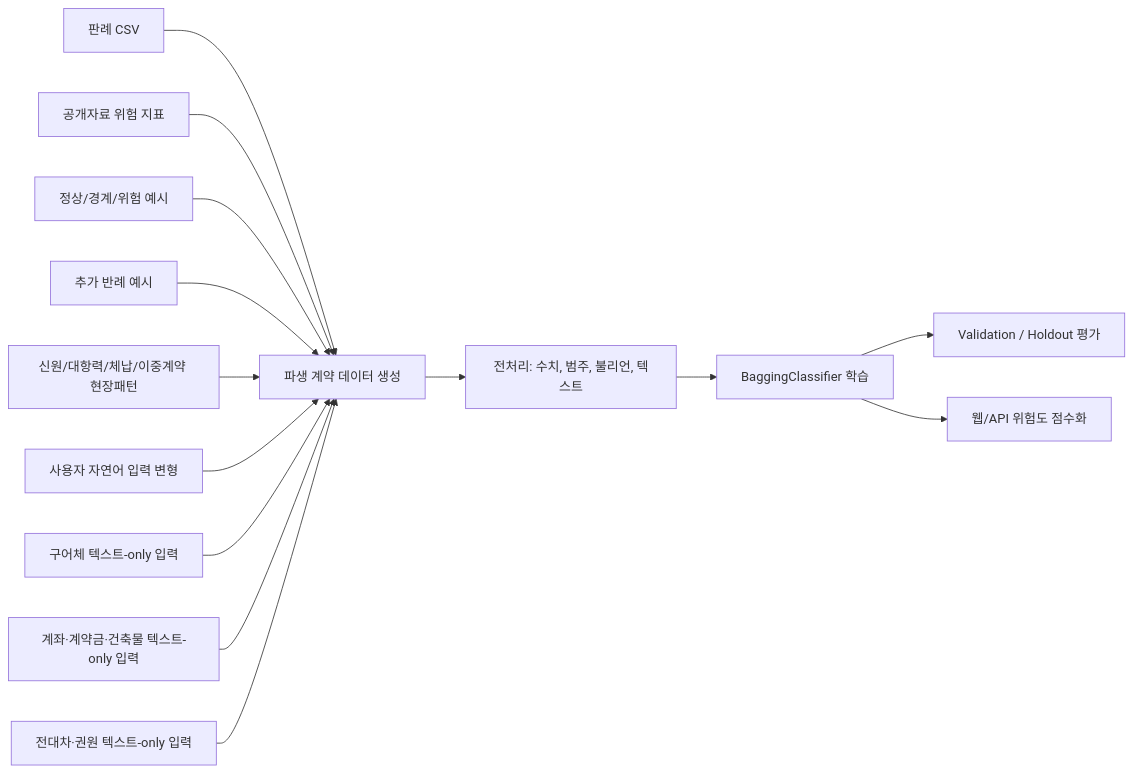
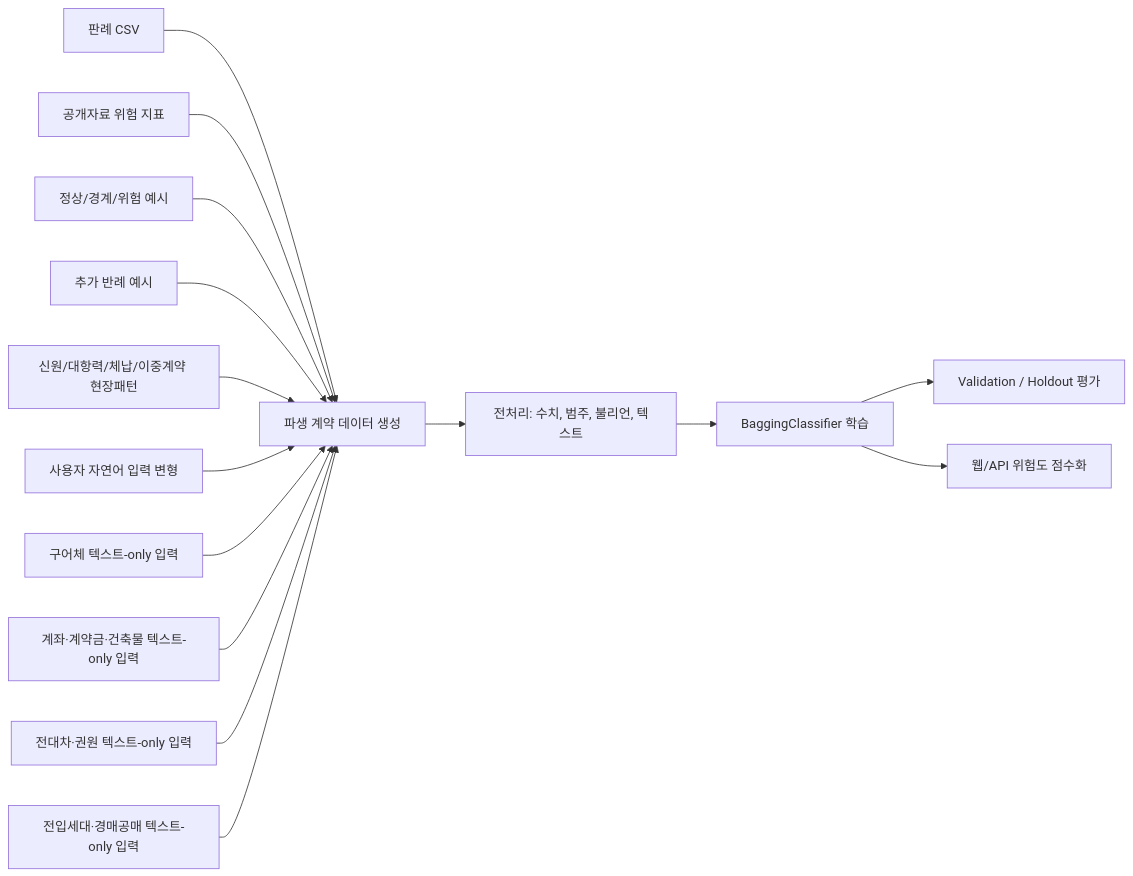
Before and after one commit to bssm-oss/legallearn: the diagram in README.md, drawn with Mermaid. The commit also changed other lines of this file and 16 other files, not shown here.

````diff
--- a/README.md
+++ b/README.md
@@ -161,16 +161,17 @@
 ```mermaid
 flowchart LR
   A["판례 CSV"] --> D["파생 계약 데이터 생성"]
   B["공개자료 위험 지표"] --> D
   C["정상/경계/위험 예시"] --> D
   I["추가 반례 예시"] --> D
   J["신원/대항력/체납/이중계약 현장패턴"] --> D
   K["사용자 자연어 입력 변형"] --> D
   L["구어체 텍스트-only 입력"] --> D
   M["계좌·계약금·건축물 텍스트-only 입력"] --> D
   N["전대차·권원 텍스트-only 입력"] --> D
+  O["전입세대·경매공매 텍스트-only 입력"] --> D
   D --> E["전처리: 수치, 범주, 불리언, 텍스트"]
   E --> F["BaggingClassifier 학습"]
   F --> G["Validation / Holdout 평가"]
   F --> H["웹/API 위험도 점수화"]
 ```
````
